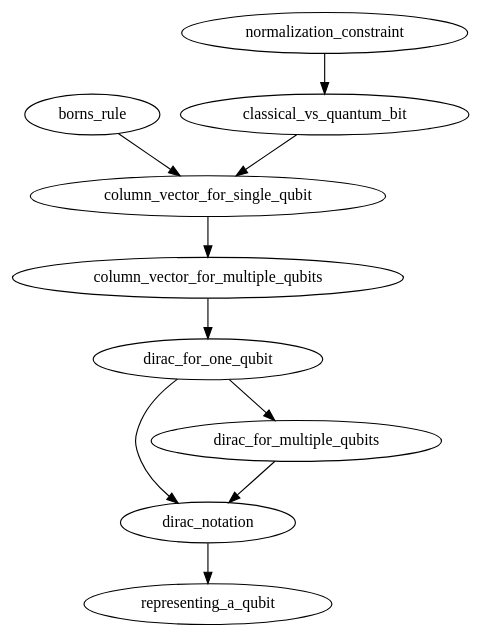
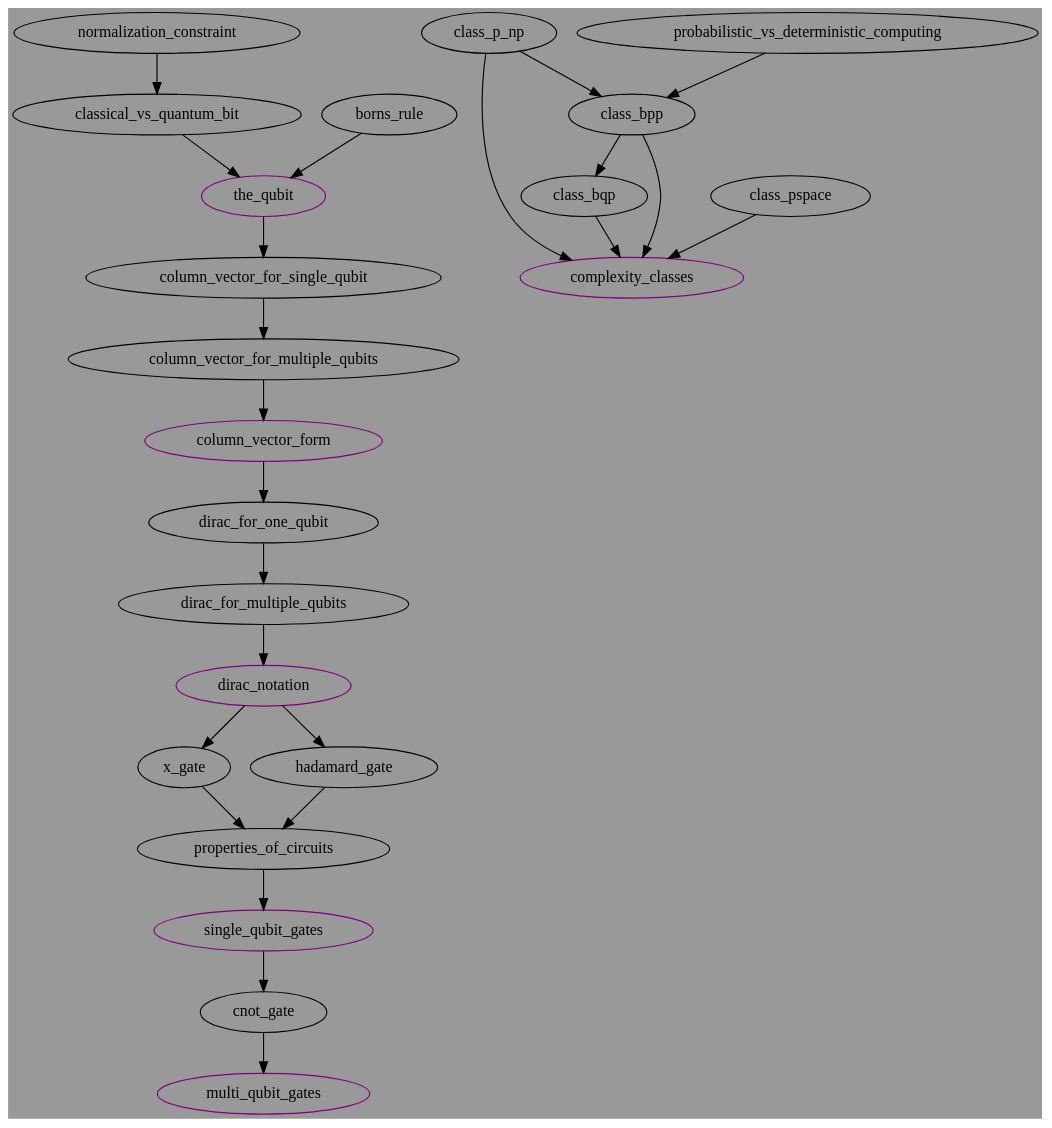
Before and after one commit to NoleStites/STEM-REx: the diagram in AI_DOT_Files/graph.gv, drawn with Graphviz. The commit also changed 1 other file, not shown here.

Commit message:
graph rehall

```diff
--- a/AI_DOT_Files/graph.gv
+++ b/AI_DOT_Files/graph.gv
@@ -1,17 +1,42 @@
 /*
 To compile into a png:
 dot -Tpng graph.gv -o graph.png
 */
 
 
 digraph 
 {
-	"dirac_notation" -> "representing_a_qubit";
+	bgcolor="#999999"
+	
+	// Graph 1: main quantum content
 	"dirac_for_multiple_qubits" -> "dirac_notation";
-	"dirac_for_one_qubit" -> {"dirac_for_multiple_qubits" "dirac_notation"};
-	"column_vector_for_multiple_qubits" -> "dirac_for_one_qubit";
+	"dirac_for_one_qubit" -> "dirac_for_multiple_qubits";
+	"column_vector_for_multiple_qubits" -> "column_vector_form";
+	"column_vector_form" -> "dirac_for_one_qubit";
 	"column_vector_for_single_qubit" -> "column_vector_for_multiple_qubits";
-	"borns_rule" -> "column_vector_for_single_qubit";
+	{"classical_vs_quantum_bit" "borns_rule"} -> "the_qubit";
+	"the_qubit" -> "column_vector_for_single_qubit";
 	"normalization_constraint" -> "classical_vs_quantum_bit";
-	"classical_vs_quantum_bit" -> "column_vector_for_single_qubit";
+	"dirac_notation" -> {"x_gate" "hadamard_gate"};
+	{"x_gate" "hadamard_gate"} -> "properties_of_circuits";
+	"properties_of_circuits" -> "single_qubit_gates";
+	"single_qubit_gates" -> "cnot_gate";
+	"cnot_gate" -> "multi_qubit_gates";
+
+	// Graph 1 summaries
+	"the_qubit"[color="purple"];
+	"column_vector_form"[color="purple"];
+	"dirac_notation"[color="purple"];
+	"single_qubit_gates"[color="purple"];
+	"multi_qubit_gates"[color="purple"];
+
+	// Graph 2: complexity classes
+	"class_bqp" -> "complexity_classes";
+	"class_bpp" -> {"class_bqp" "complexity_classes"};
+	"class_p_np" -> {"class_bpp" "complexity_classes"};
+	"class_pspace" -> "complexity_classes";
+	"probabilistic_vs_deterministic_computing" -> "class_bpp";
+
+	// Graph 2 summaries
+	"complexity_classes"[color="purple"];
 }
```
